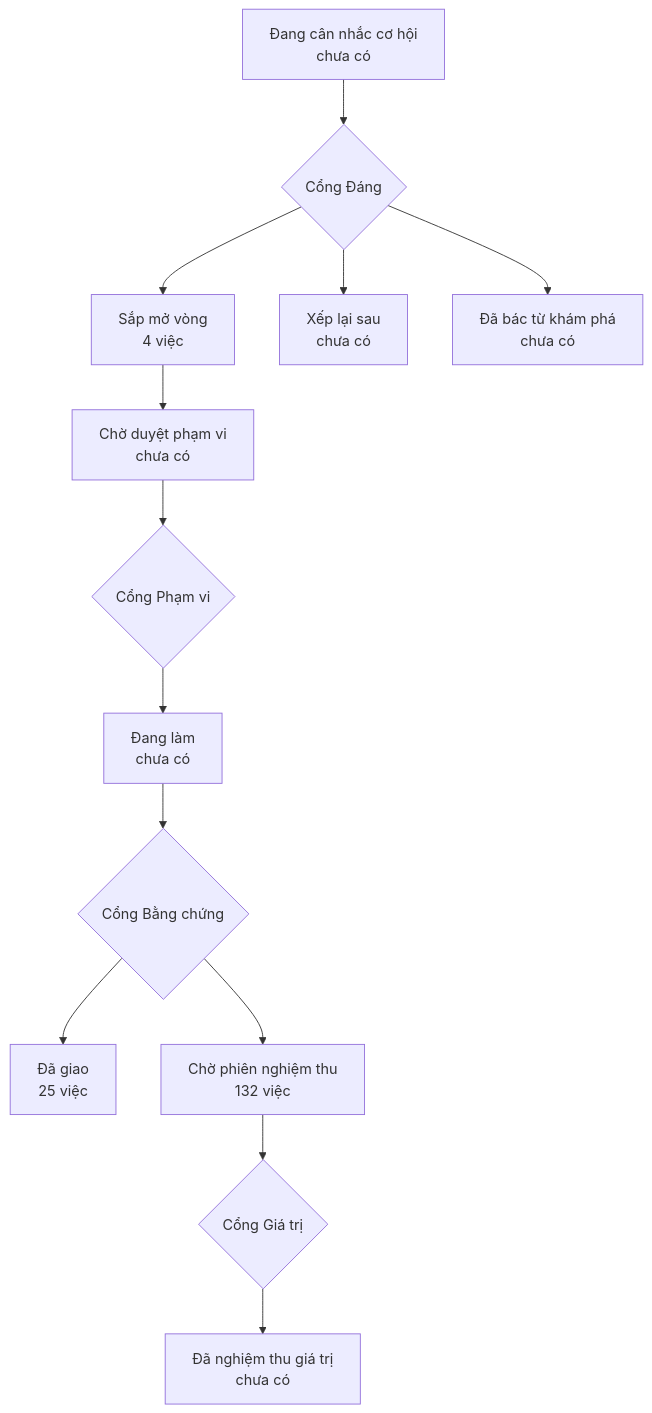
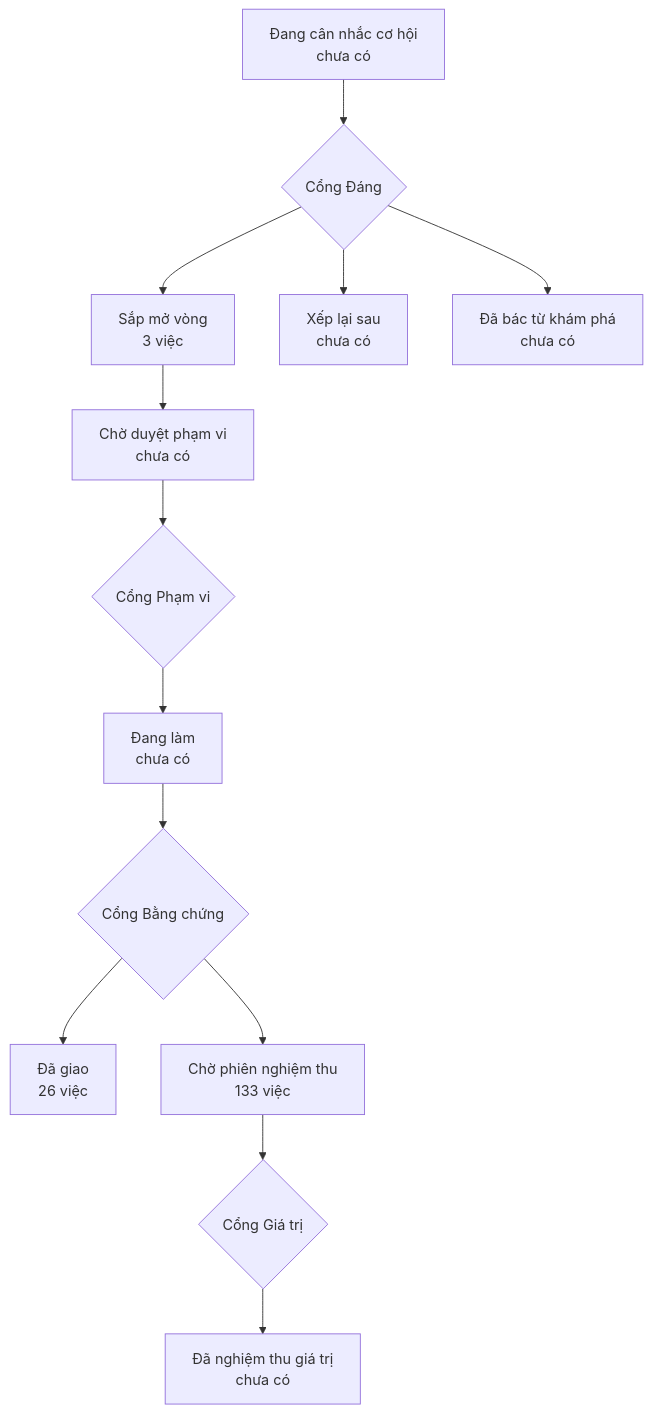
The diagram in PRODUCT-MAP.md (phanlemanh/onehub-quy-hang), drawn with Mermaid before and after one commit. The commit also changed other lines of this file and 1 other file, not shown here.

Commit message:
chore: vẽ lại bản đồ sau gộp main

````diff
--- a/PRODUCT-MAP.md
+++ b/PRODUCT-MAP.md
@@ -7,12 +7,12 @@
 ```mermaid
 flowchart TD
   A["Đang cân nhắc cơ hội<br/>chưa có"] --> GD{"Cổng Đáng"}
-  GD --> B["Sắp mở vòng<br/>4 việc"]
+  GD --> B["Sắp mở vòng<br/>3 việc"]
   GD --> XL["Xếp lại sau<br/>chưa có"]
   GD --> DB["Đã bác từ khám phá<br/>chưa có"]
   B --> CD["Chờ duyệt phạm vi<br/>chưa có"] --> GP{"Cổng Phạm vi"}
   GP --> DL["Đang làm<br/>chưa có"] --> GB{"Cổng Bằng chứng"}
-  GB --> DG["Đã giao<br/>25 việc"]
-  GB --> CN["Chờ phiên nghiệm thu<br/>132 việc"] --> GG{"Cổng Giá trị"}
+  GB --> DG["Đã giao<br/>26 việc"]
+  GB --> CN["Chờ phiên nghiệm thu<br/>133 việc"] --> GG{"Cổng Giá trị"}
   GG --> NT["Đã nghiệm thu giá trị<br/>chưa có"]
 ```
````
